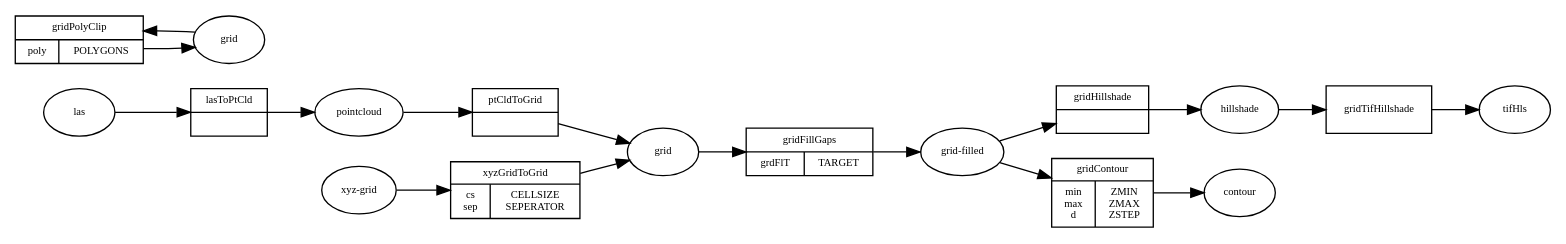
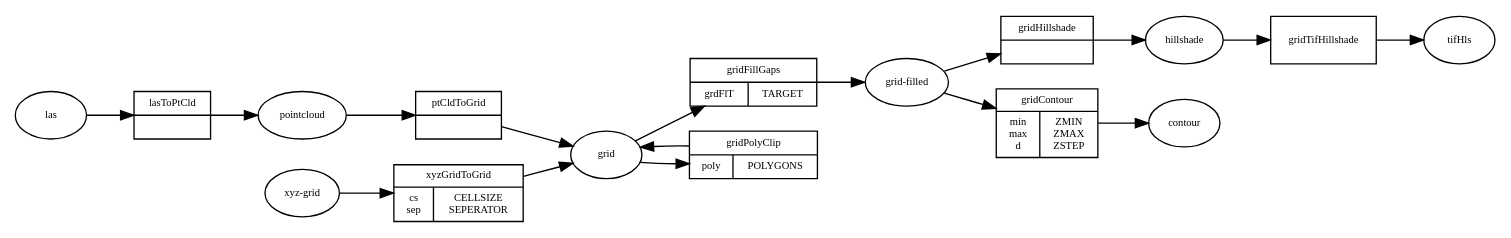
The diagram in README.org (michelk/saga-cmd.hs), drawn with Graphviz before and after one commit. The commit also changed 1 other file, not shown here.

Commit message:
dot-figure

```diff
--- a/README.org
+++ b/README.org
@@ -79,32 +79,32 @@
    #+BEGIN_SRC dot :exports results :results graphics :file doc/figures/chains.png :eval no-export
      digraph chains {
          graph [rankdir = LR];
          node [shape = ellipse, fontsize = 8];
 
          las [label = "las"];
          grd [label = "grid"];
          grdF [label = "grid-filled"];
          xyz [label = "xyz-grid"];
          cntr [label = "contour"];
          hls [label = "hillshade"];
          pt [label = "pointcloud"];
          tifHls [labal = "tif-hillshade"];
 
          xyzGrid [shape = record, label = "xyzGridToGrid|{cs\nsep|CELLSIZE\nSEPERATOR}"];
          lasPt [shape = record, label = "lasToPtCld |"];
          ptGrd [shape = record, label = "ptCldToGrid|"];
          grdFl [shape = record, label = "gridFillGaps| {grdFlT |TARGET}"];
          grdHl [shape = record, label = "gridHillshade|"];
          grdCtl [shape = record, label = "gridContour| {min\nmax\nd |ZMIN\nZMAX\nZSTEP}"];
          grdPolyCp [shape = record, label = "gridPolyClip| {poly|POLYGONS}"];
          hlsTif [shape = record, label = "gridTifHillshade"];
 
          las -> lasPt -> pt -> ptGrd -> grd;
          xyz -> xyzGrid -> grd ;
-         grid -> grdPolyCp -> grid;
+         grd -> grdPolyCp -> grd;
          grd -> grdFl -> grdF;
          grdF -> grdHl -> hls;
          grdF -> grdCtl -> cntr;
          hls -> hlsTif -> tifHls;
      }
    #+END_SRC
```
